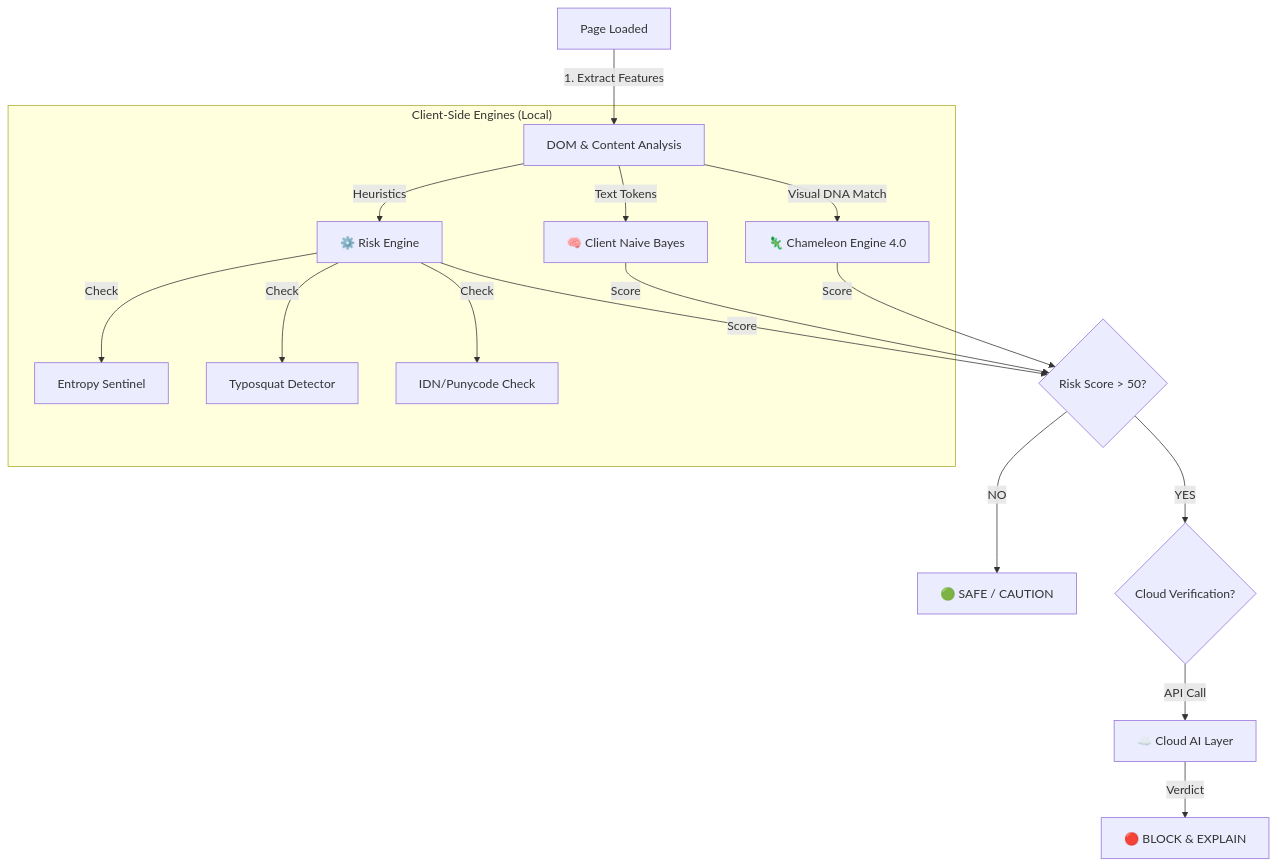
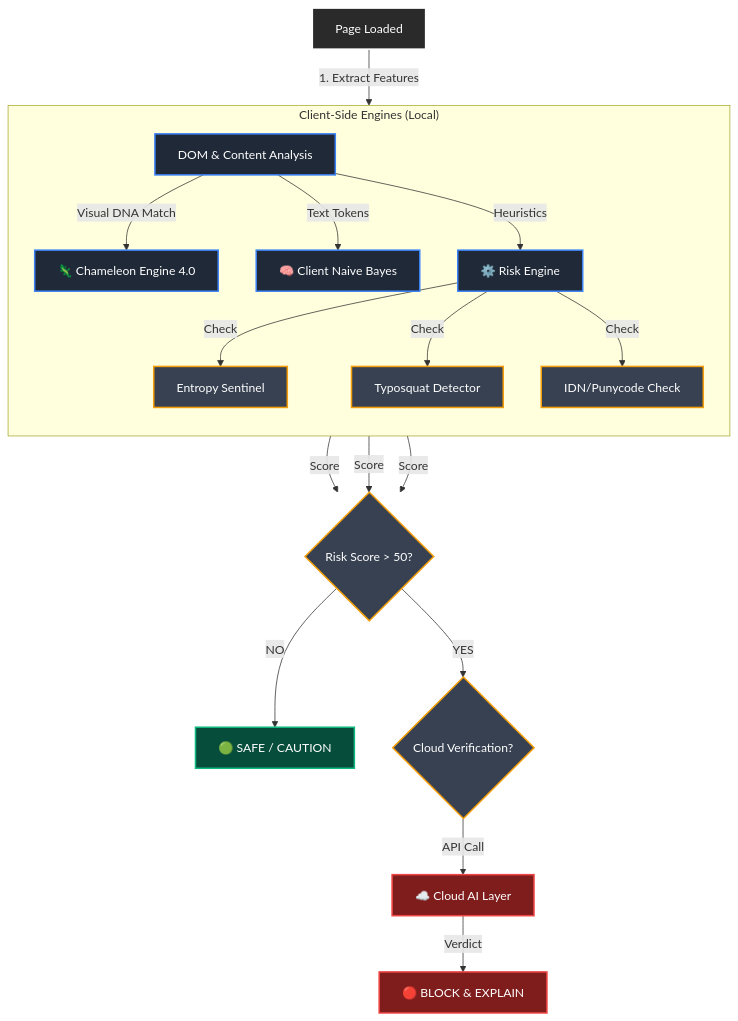
One commit to subratkumarpadhy4/PhishingShield changed the first of 3 diagrams in README.md. Above: the diagram before and after it, drawn with Mermaid. The commit also changed other lines of this file, not shown here.

Commit message:
docs: Style Mermaid diagrams with cyberpunk colors and improved layout

````diff
--- a/README.md
+++ b/README.md
@@ -45,24 +45,32 @@
 ```mermaid
 graph TD
-    Start[Page Loaded] -->|1. Extract Features| DOM[DOM & Content Analysis]
+    %% Styling Definitions
+    classDef input fill:#2a2a2a,stroke:#ffffff,stroke-width:2px,color:#ffffff
+    classDef engine fill:#1F2937,stroke:#3B82F6,stroke-width:2px,color:#ffffff
+    classDef safe fill:#064E3B,stroke:#10B981,stroke-width:2px,color:#ffffff
+    classDef danger fill:#7F1D1D,stroke:#EF4444,stroke-width:2px,color:#ffffff
+    classDef decision fill:#374151,stroke:#F59E0B,stroke-width:2px,color:#ffffff
+
+    Start[Page Loaded]:::input -->|1. Extract Features| DOM[DOM & Content Analysis]:::engine
     
     subgraph "Client-Side Engines (Local)"
-        DOM -->|Visual DNA Match| Chameleon[🦎 Chameleon Engine 4.0]
-        DOM -->|Text Tokens| NaiveBayes[🧠 Client Naive Bayes]
-        DOM -->|Heuristics| RiskEngine[⚙️ Risk Engine]
+        direction TB
+        DOM -->|Visual DNA Match| Chameleon[🦎 Chameleon Engine 4.0]:::engine
+        DOM -->|Text Tokens| NaiveBayes[🧠 Client Naive Bayes]:::engine
+        DOM -->|Heuristics| RiskEngine[⚙️ Risk Engine]:::engine
         
-        RiskEngine -->|Check| Entropy[Entropy Sentinel]
-        RiskEngine -->|Check| Typosquat[Typosquat Detector]
-        RiskEngine -->|Check| Punycode[IDN/Punycode Check]
+        RiskEngine -->|Check| Entropy[Entropy Sentinel]:::decision
+        RiskEngine -->|Check| Typosquat[Typosquat Detector]:::decision
+        RiskEngine -->|Check| Punycode[IDN/Punycode Check]:::decision
     end
     
-    Chameleon -->|Score| Aggregator{Risk Score > 50?}
+    Chameleon -->|Score| Aggregator{Risk Score > 50?}:::decision
     NaiveBayes -->|Score| Aggregator
     RiskEngine -->|Score| Aggregator
     
-    Aggregator -- NO --> Safe[🟢 SAFE / CAUTION]
-    Aggregator -- YES --> CloudCheck{Cloud Verification?}
+    Aggregator -- NO --> Safe[🟢 SAFE / CAUTION]:::safe
+    Aggregator -- YES --> CloudCheck{Cloud Verification?}:::decision
     
-    CloudCheck -->|API Call| CloudAI[☁️ Cloud AI Layer]
-    CloudAI -->|Verdict| Block[🔴 BLOCK & EXPLAIN]
+    CloudCheck -->|API Call| CloudAI[☁️ Cloud AI Layer]:::danger
+    CloudAI -->|Verdict| Block[🔴 BLOCK & EXPLAIN]:::danger
 ```
````
